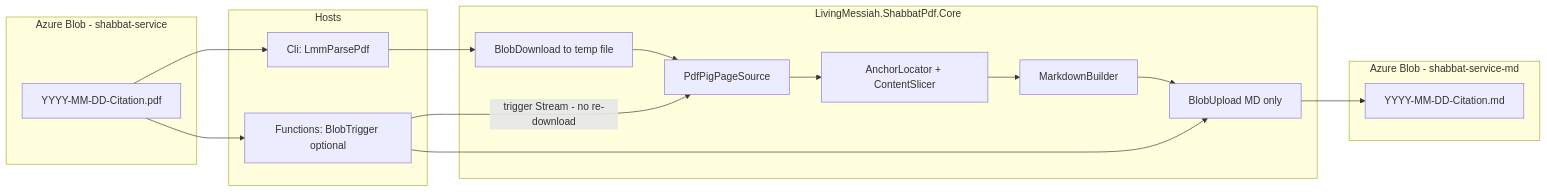
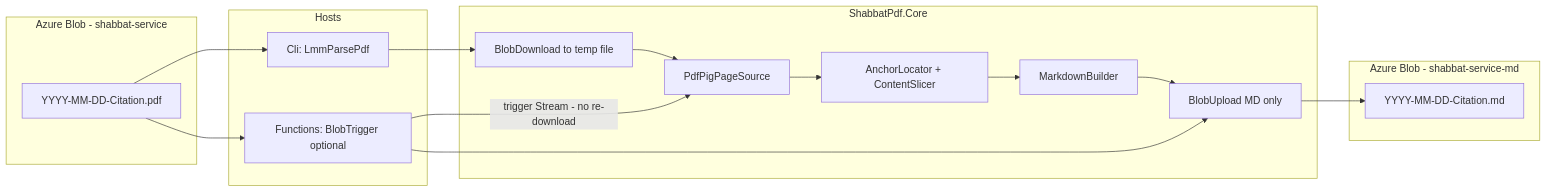
Before and after one commit to LivingMessiahJohn/LivingMessiah: the first of 3 diagrams in ShabbatPdf/docs/design-lmm-parse-pdf.md, drawn with Mermaid. The commit also changed other lines of this file and 61 other files, not shown here.

First line of the commit message:
Rename ShabbatPdf projects to ShabbatPdf.* prefix (#194).

````diff
--- a/ShabbatPdf/docs/design-lmm-parse-pdf.md
+++ b/ShabbatPdf/docs/design-lmm-parse-pdf.md
@@ -126,31 +126,31 @@
 ```mermaid
 flowchart LR
   subgraph source [Azure Blob - shabbat-service]
     PDF["YYYY-MM-DD-Citation.pdf"]
   end
 
   subgraph hosts [Hosts]
     CLI["Cli: LmmParsePdf"]
     FN["Functions: BlobTrigger optional"]
   end
 
-  subgraph core [LivingMessiah.ShabbatPdf.Core]
+  subgraph core [ShabbatPdf.Core]
     DL[BlobDownload to temp file]
     EX[PdfPigPageSource]
     AN[AnchorLocator + ContentSlicer]
     MD[MarkdownBuilder]
     UP[BlobUpload MD only]
   end
 
   subgraph dest [Azure Blob - shabbat-service-md]
     MDFILE["YYYY-MM-DD-Citation.md"]
   end
 
   PDF --> CLI
   PDF --> FN
   CLI --> DL
   DL --> EX
   FN -->|"trigger Stream - no re-download"| EX
   EX --> AN --> MD --> UP --> MDFILE
   FN --> UP
 ```
````
